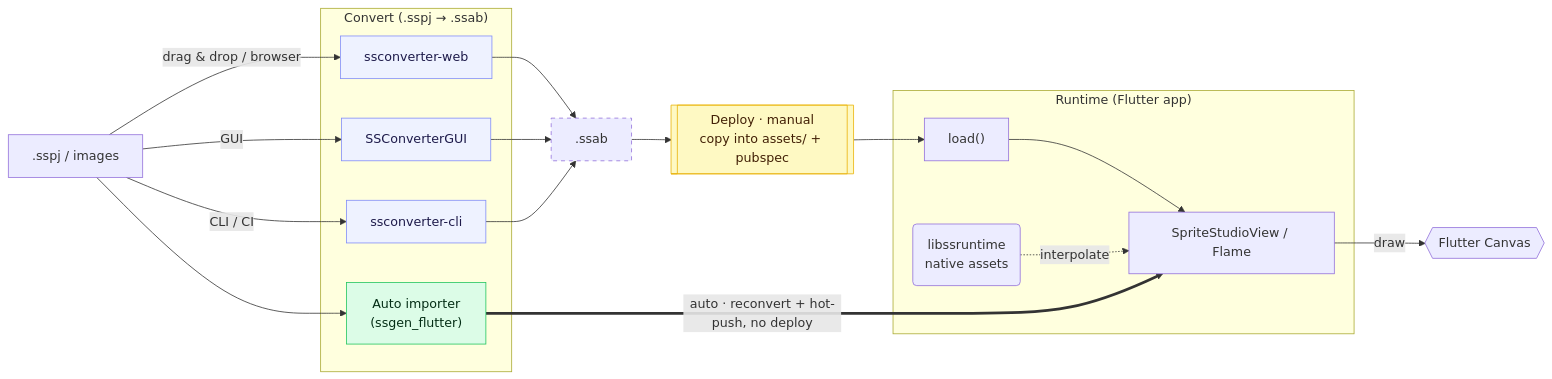
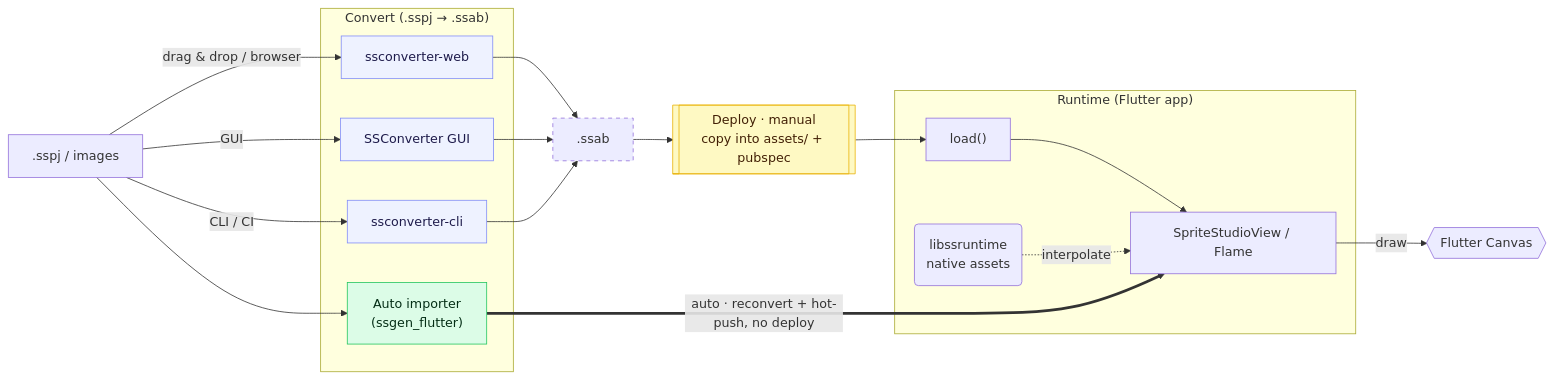
One commit to cri-middleware/SSPlayerForFlutter changed the diagram in docs/en/guide/conversion.md. Above: the diagram before and after it, drawn with Mermaid. The commit also changed other lines of this file and 1 other file, not shown here.

First line of the commit message:
docs: call the converter app SSConverter GUI

````diff
--- a/docs/en/guide/conversion.md
+++ b/docs/en/guide/conversion.md
@@ -8,44 +8,44 @@
 ```mermaid
 graph LR
     SS[".sspj / images"]
 
     subgraph Convert ["Convert (.sspj → .ssab)"]
         AUTO["Auto importer<br>(ssgen_flutter)"]
         WEB["ssconverter-web"]
-        GUI["SSConverterGUI"]
+        GUI["SSConverter GUI"]
         CLI["ssconverter-cli"]
     end
 
     BIN[".ssab"]
     DEPLOY[["Deploy · manual<br>copy into assets/ + pubspec"]]
 
     subgraph Run ["Runtime (Flutter app)"]
         LOAD["load()"] --> VIEW["SpriteStudioView / Flame"]
         RT("libssruntime<br>native assets") -. "interpolate" .-> VIEW
     end
 
     CANVAS{{"Flutter Canvas"}}
 
     SS --> AUTO
     AUTO == "auto · reconvert + hot-push, no deploy" ==> VIEW
 
     SS -->|"drag & drop / browser"| WEB
     SS -->|"GUI"| GUI
     SS -->|"CLI / CI"| CLI
     WEB --> BIN
     GUI --> BIN
     CLI --> BIN
     BIN --> DEPLOY
     DEPLOY --> LOAD
 
     VIEW -->|"draw"| CANVAS
 
     classDef gen stroke-dasharray:5 5;
     class BIN gen;
     classDef tool fill:#eef2ff,stroke:#818cf8,color:#1e1b4b;
     class WEB,GUI,CLI tool;
     classDef auto fill:#dcfce7,stroke:#22c55e,color:#052e16;
     class AUTO auto;
     classDef deploy fill:#fef9c3,stroke:#eab308,color:#422006;
     class DEPLOY deploy;
 ```
````
